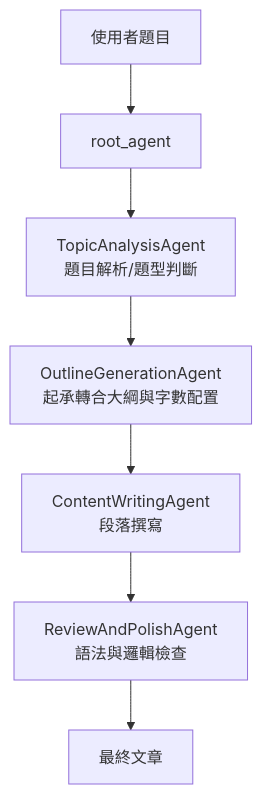
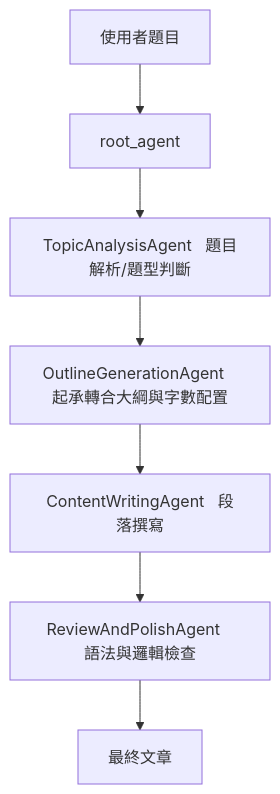
The first of 2 diagrams in README.md (pia8628/Agent_ExamEssayWriter), drawn with Mermaid before and after one commit.

Commit message:
Fix formatting in architecture diagram in README

````diff
--- a/README.md
+++ b/README.md
@@ -12,9 +12,9 @@
 ```mermaid
 flowchart TD
     UserPrompt[使用者題目] --> Root[root_agent]
-    Root --> A[TopicAnalysisAgent \n題目解析/題型判斷]
-    A --> B[OutlineGenerationAgent \n起承轉合大綱與字數配置]
-    B --> C[ContentWritingAgent \n段落撰寫]
-    C --> D[ReviewAndPolishAgent \n語法與邏輯檢查]
+    Root --> A[TopicAnalysisAgent   題目解析/題型判斷]
+    A --> B[OutlineGenerationAgent   起承轉合大綱與字數配置]
+    B --> C[ContentWritingAgent   段落撰寫]
+    C --> D[ReviewAndPolishAgent   語法與邏輯檢查]
     D --> Output[最終文章]
 ```
````
